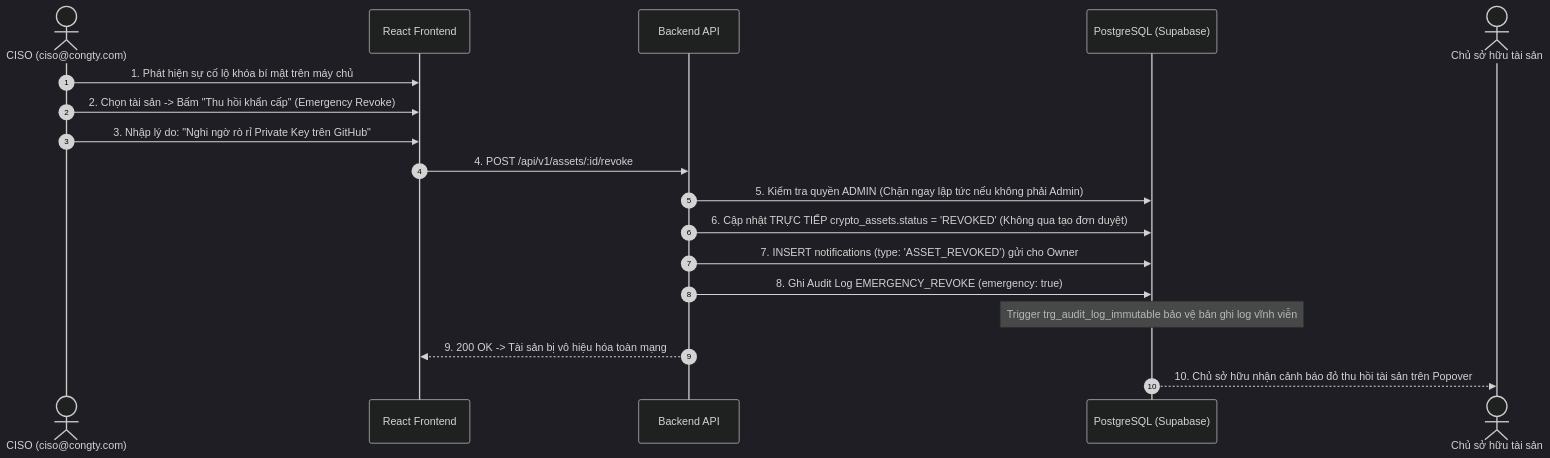
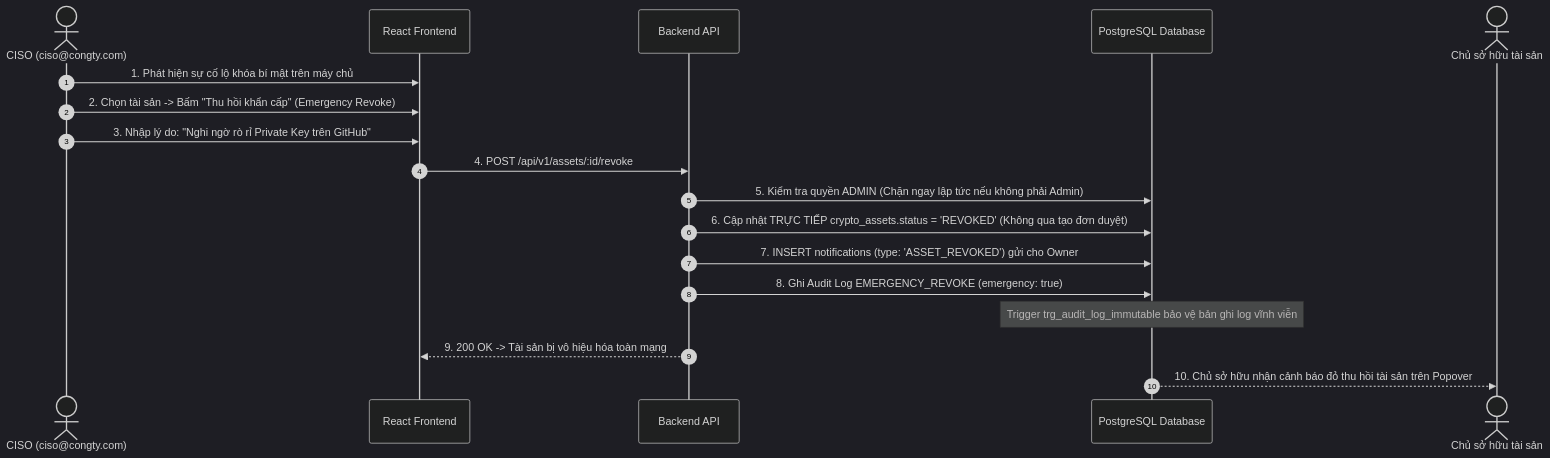
One commit to Eyblcat12/Cryta changed the sixth of 9 diagrams in BAO_CAO_DO_AN_TKHTTT_CRYTA.md. Above: the diagram before and after it, drawn with Mermaid (dark theme). The commit also changed other lines of this file and 12 other files, not shown here.

Commit message:
docs: replace all Supabase references with standard PostgreSQL architecture across report and diagrams

````diff
--- a/BAO_CAO_DO_AN_TKHTTT_CRYTA.md
+++ b/BAO_CAO_DO_AN_TKHTTT_CRYTA.md
@@ -549,21 +549,21 @@
 ```mermaid
 sequenceDiagram
     autonumber
     actor C as CISO (ciso@congty.com)
     participant UI as React Frontend
     participant API as Backend API
-    participant DB as PostgreSQL (Supabase)
+    participant DB as PostgreSQL Database
     actor Owner as Chủ sở hữu tài sản
 
     C->>UI: 1. Phát hiện sự cố lộ khóa bí mật trên máy chủ
     C->>UI: 2. Chọn tài sản -> Bấm "Thu hồi khẩn cấp" (Emergency Revoke)
     C->>UI: 3. Nhập lý do: "Nghi ngờ rò rỉ Private Key trên GitHub"
     UI->>API: 4. POST /api/v1/assets/:id/revoke
     API->>DB: 5. Kiểm tra quyền ADMIN (Chặn ngay lập tức nếu không phải Admin)
     API->>DB: 6. Cập nhật TRỰC TIẾP crypto_assets.status = 'REVOKED' (Không qua tạo đơn duyệt)
     API->>DB: 7. INSERT notifications (type: 'ASSET_REVOKED') gửi cho Owner
     API->>DB: 8. Ghi Audit Log EMERGENCY_REVOKE (emergency: true)
     Note over DB: Trigger trg_audit_log_immutable bảo vệ bản ghi log vĩnh viễn
     API-->>UI: 9. 200 OK -> Tài sản bị vô hiệu hóa toàn mạng
     DB-->>Owner: 10. Chủ sở hữu nhận cảnh báo đỏ thu hồi tài sản trên Popover
 ```
````
